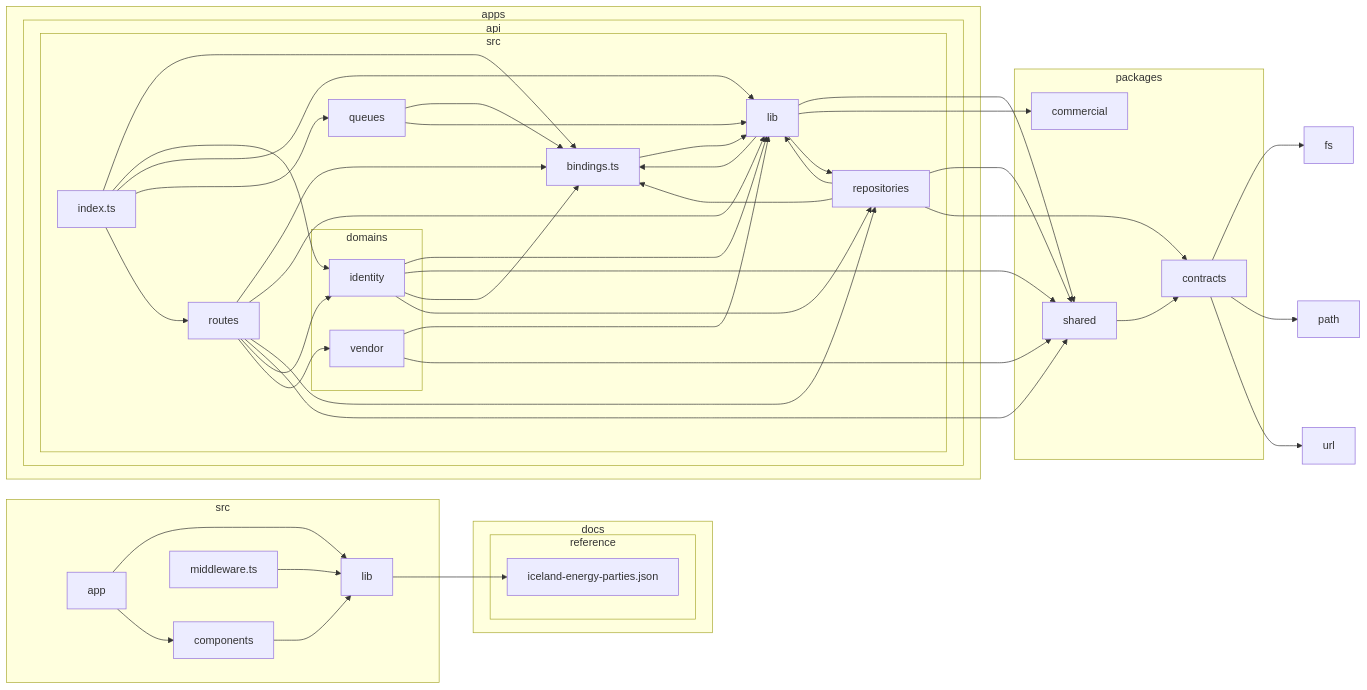
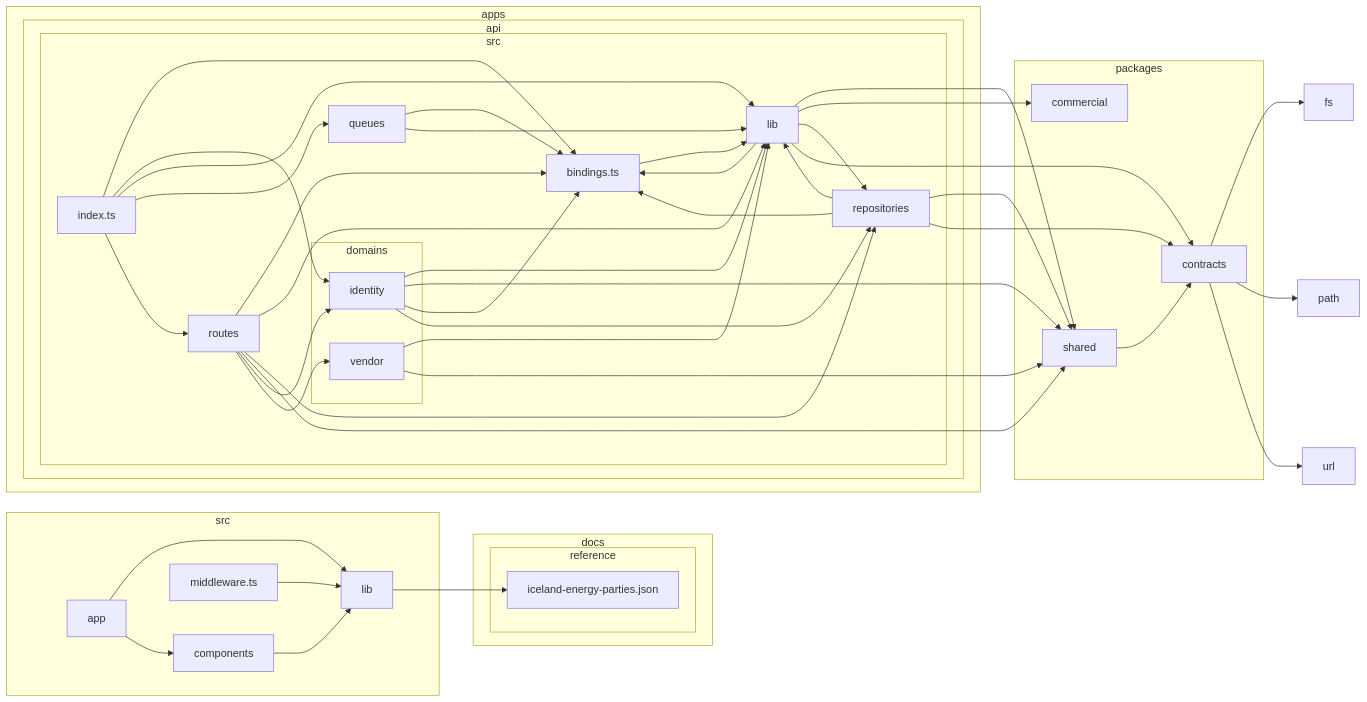
One commit to andri187/Straumvakt changed the diagram in docs/architecture/dependency-graph.md. Above: the diagram before and after it, drawn with Mermaid. The commit also changed 6 other files, not shown here.

````diff
--- a/docs/architecture/dependency-graph.md
+++ b/docs/architecture/dependency-graph.md
@@ -25,76 +25,77 @@
 ```mermaid
 flowchart LR
 
 subgraph 0["apps"]
 subgraph 1["api"]
 subgraph 2["src"]
 3["bindings.ts"]
 subgraph 4["domains"]
 5["identity"]
 6["vendor"]
 end
 7["index.ts"]
 8["lib"]
 9["queues"]
 A["repositories"]
 B["routes"]
 end
 end
 end
 subgraph C["docs"]
 subgraph D["reference"]
 E["iceland-energy-parties.json"]
 end
 end
 F["fs"]
 subgraph G["packages"]
 H["commercial"]
 I["contracts"]
 J["shared"]
 end
 K["path"]
 subgraph L["src"]
 M["app"]
 N["components"]
 O["lib"]
 P["middleware.ts"]
 end
 Q["url"]
 3-->8
 5-->8
 5-->J
 5-->3
 5-->A
 6-->8
 6-->J
 7-->3
 7-->5
 7-->8
 7-->9
 7-->B
 8-->3
 8-->J
 8-->H
 8-->A
+8-->I
 9-->3
 9-->8
 A-->8
 A-->J
 A-->3
 A-->I
 B-->3
 B-->8
 B-->A
 B-->J
 B-->5
 B-->6
 I-->F
 I-->K
 I-->Q
 J-->I
 M-->O
 M-->N
 N-->O
 O-->E
 P-->O
 ```
````
